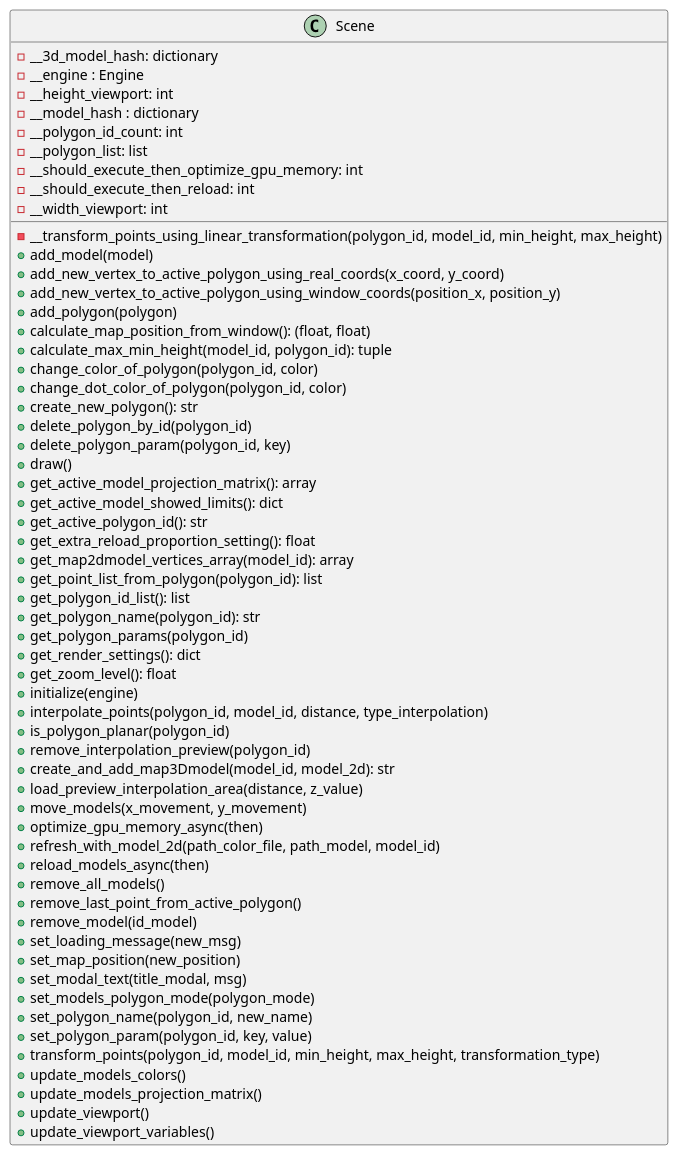
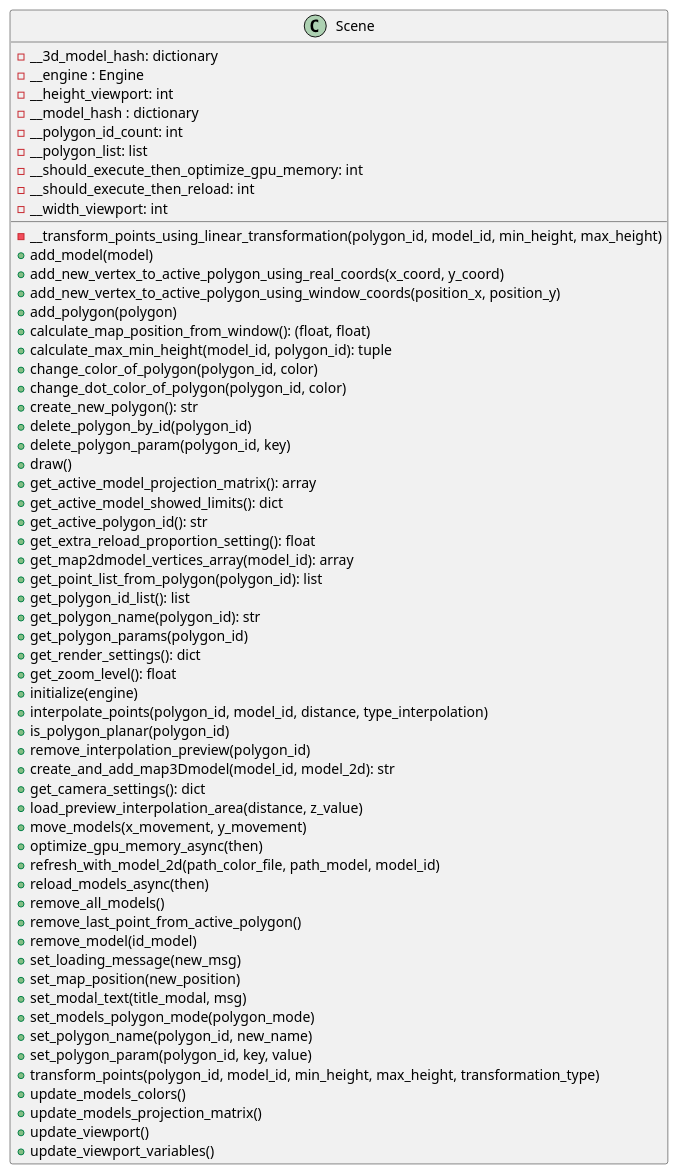
Before and after one commit to ferpoble2/Relief_Creator: the diagram in docs/classes/Scene.puml, drawn with PlantUML. The commit also changed 5 other files, not shown here.

Commit message:
Added camera settings

```diff
--- a/docs/classes/Scene.puml
+++ b/docs/classes/Scene.puml
@@ -1,63 +1,64 @@
 @startuml
             class Scene{
                 - __transform_points_using_linear_transformation(polygon_id, model_id, min_height, max_height)
                 + add_model(model)
                 + add_new_vertex_to_active_polygon_using_real_coords(x_coord, y_coord)
                 + add_new_vertex_to_active_polygon_using_window_coords(position_x, position_y)
                 + add_polygon(polygon)
                 + calculate_map_position_from_window(): (float, float)
                 + calculate_max_min_height(model_id, polygon_id): tuple
                 + change_color_of_polygon(polygon_id, color)
                 + change_dot_color_of_polygon(polygon_id, color)
                 + create_new_polygon(): str
                 + delete_polygon_by_id(polygon_id)
                 + delete_polygon_param(polygon_id, key)
                 + draw()
                 + get_active_model_projection_matrix(): array
                 + get_active_model_showed_limits(): dict
                 + get_active_polygon_id(): str
                 + get_extra_reload_proportion_setting(): float
                 + get_map2dmodel_vertices_array(model_id): array
                 + get_point_list_from_polygon(polygon_id): list
                 + get_polygon_id_list(): list
                 + get_polygon_name(polygon_id): str
                 + get_polygon_params(polygon_id)
                 + get_render_settings(): dict
                 + get_zoom_level(): float
                 + initialize(engine)
                 + interpolate_points(polygon_id, model_id, distance, type_interpolation)
                 + is_polygon_planar(polygon_id)
                 + remove_interpolation_preview(polygon_id)
                 + create_and_add_map3Dmodel(model_id, model_2d): str
+                + get_camera_settings(): dict
                 + load_preview_interpolation_area(distance, z_value)
                 + move_models(x_movement, y_movement)
                 + optimize_gpu_memory_async(then)
                 + refresh_with_model_2d(path_color_file, path_model, model_id)
                 + reload_models_async(then)
                 + remove_all_models()
                 + remove_last_point_from_active_polygon()
                 + remove_model(id_model)
                 + set_loading_message(new_msg)
                 + set_map_position(new_position)
                 + set_modal_text(title_modal, msg)
                 + set_models_polygon_mode(polygon_mode)
                 + set_polygon_name(polygon_id, new_name)
                 + set_polygon_param(polygon_id, key, value)
                 + transform_points(polygon_id, model_id, min_height, max_height, transformation_type)
                 + update_models_colors()
                 + update_models_projection_matrix()
                 + update_viewport()
                 + update_viewport_variables()
 
                 - __3d_model_hash: dictionary
                 - __engine : Engine
                 - __height_viewport: int
                 - __model_hash : dictionary
                 - __polygon_id_count: int
                 - __polygon_list: list
                 - __should_execute_then_optimize_gpu_memory: int
                 - __should_execute_then_reload: int
                 - __width_viewport: int
             }
 
 @enduml
```
